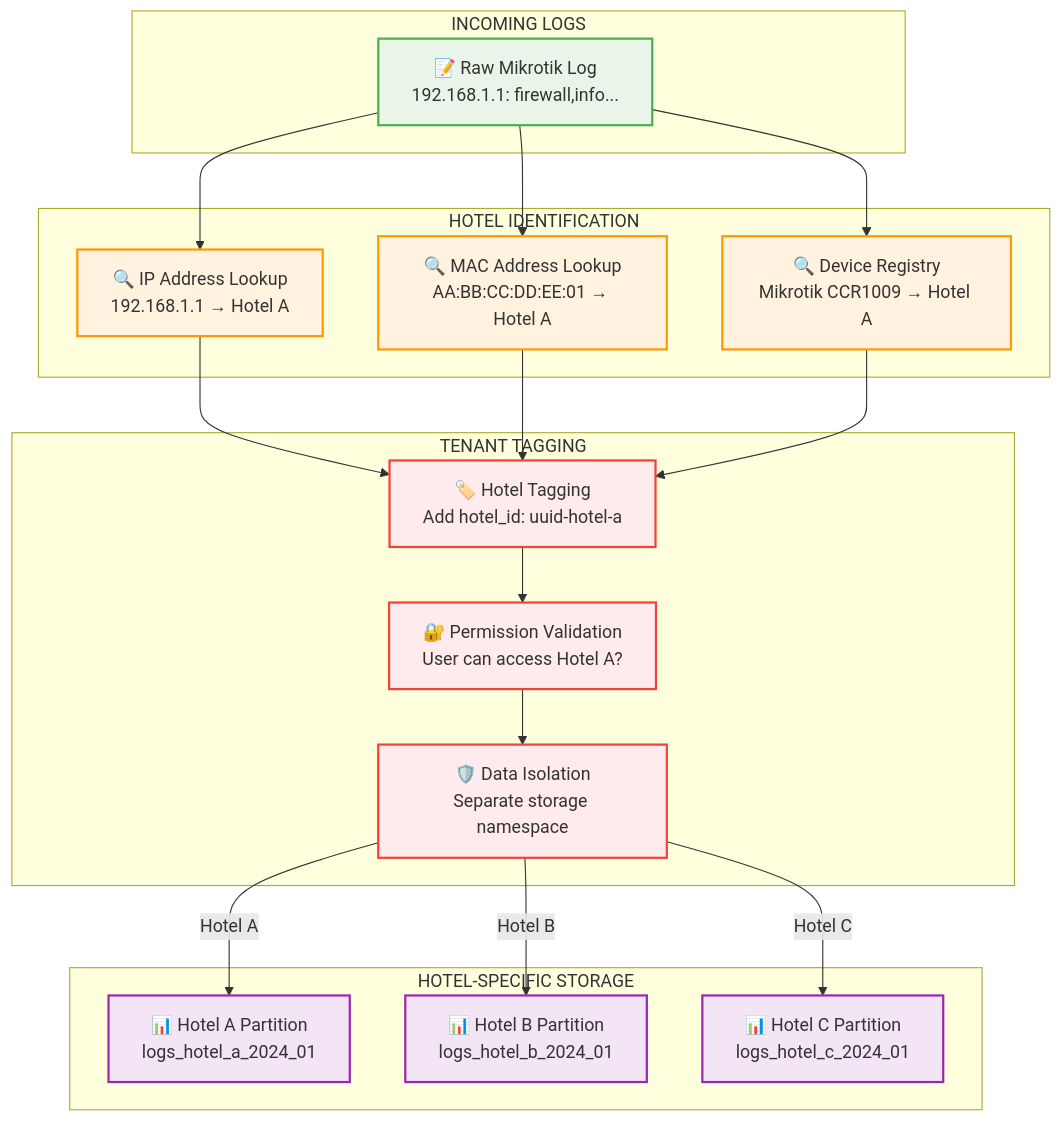
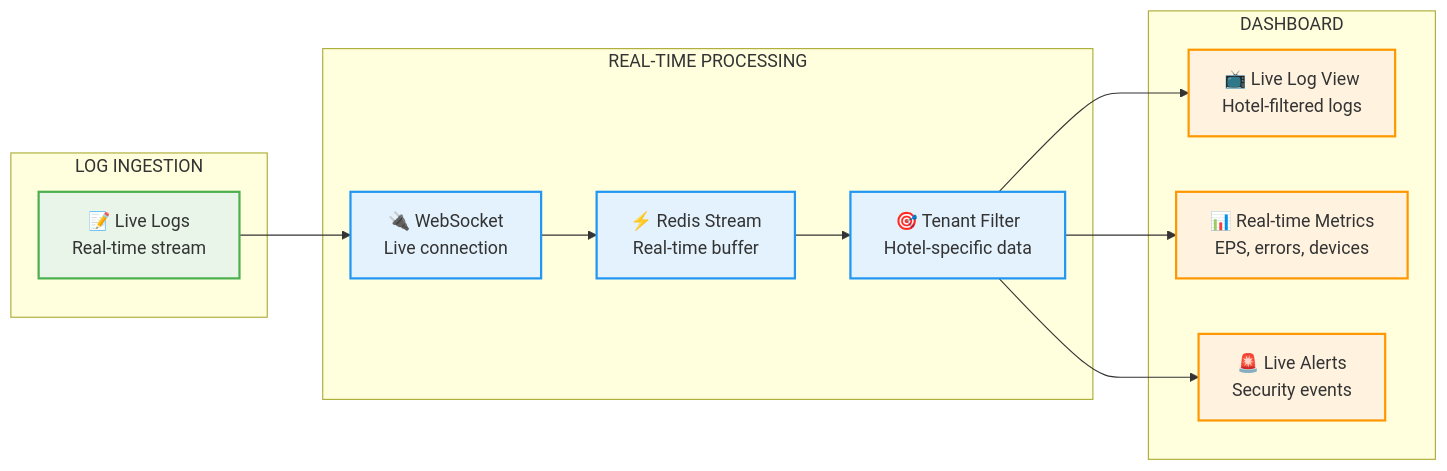
Before and after one commit to ozkanguner/logmaster: the fourth of 4 diagrams in docs/architecture/data-flow.md, drawn with Mermaid. The commit also changed other lines of this file and 3 other files, not shown here.

Commit message:
🔄 COMPLETE ARCHITECTURE REWRITE: Clean Multi-Tenant Design

````diff
--- a/docs/architecture/data-flow.md
+++ b/docs/architecture/data-flow.md
@@ -223,50 +307,34 @@
 ```mermaid
-graph TB
-    subgraph "INCOMING LOGS"
-        RAW_LOG["📝 Raw Mikrotik Log<br/>192.168.1.1: firewall,info..."]
+graph LR
+    subgraph "LOG INGESTION"
+        LIVE_LOGS["📝 Live Logs<br/>Real-time stream"]
     end
     
-    subgraph "HOTEL IDENTIFICATION"
-        IP_LOOKUP["🔍 IP Address Lookup<br/>192.168.1.1 → Hotel A"]
-        MAC_LOOKUP["🔍 MAC Address Lookup<br/>AA:BB:CC:DD:EE:01 → Hotel A"]
-        DEVICE_LOOKUP["🔍 Device Registry<br/>Mikrotik CCR1009 → Hotel A"]
+    subgraph "REAL-TIME PROCESSING"
+        WEBSOCKET["🔌 WebSocket<br/>Live connection"]
+        REDIS_STREAM["⚡ Redis Stream<br/>Real-time buffer"]
+        FILTER["🎯 Tenant Filter<br/>Hotel-specific data"]
     end
     
-    subgraph "TENANT TAGGING"
-        HOTEL_TAG["🏷️ Hotel Tagging<br/>Add hotel_id: uuid-hotel-a"]
-        PERMISSION_CHECK["🔐 Permission Validation<br/>User can access Hotel A?"]
-        DATA_ISOLATION["🛡️ Data Isolation<br/>Separate storage namespace"]
+    subgraph "DASHBOARD"
+        LIVE_VIEW["📺 Live Log View<br/>Hotel-filtered logs"]
+        METRICS["📊 Real-time Metrics<br/>EPS, errors, devices"]
+        ALERTS["🚨 Live Alerts<br/>Security events"]
     end
     
-    subgraph "HOTEL-SPECIFIC STORAGE"
-        HOTEL_A_PARTITION["📊 Hotel A Partition<br/>logs_hotel_a_2024_01"]
-        HOTEL_B_PARTITION["📊 Hotel B Partition<br/>logs_hotel_b_2024_01"]
-        HOTEL_C_PARTITION["📊 Hotel C Partition<br/>logs_hotel_c_2024_01"]
-    end
+    %% Real-time Flow
+    LIVE_LOGS --> WEBSOCKET
+    WEBSOCKET --> REDIS_STREAM
+    REDIS_STREAM --> FILTER
+    FILTER --> LIVE_VIEW
+    FILTER --> METRICS
+    FILTER --> ALERTS
     
-    %% Flow
-    RAW_LOG --> IP_LOOKUP
-    RAW_LOG --> MAC_LOOKUP
-    RAW_LOG --> DEVICE_LOOKUP
+    classDef realtime fill:#e8f5e8,stroke:#4caf50,stroke-width:2px
+    classDef processing fill:#e3f2fd,stroke:#2196f3,stroke-width:2px
+    classDef dashboard fill:#fff3e0,stroke:#ff9800,stroke-width:2px
     
-    IP_LOOKUP --> HOTEL_TAG
-    MAC_LOOKUP --> HOTEL_TAG
-    DEVICE_LOOKUP --> HOTEL_TAG
-    
-    HOTEL_TAG --> PERMISSION_CHECK
-    PERMISSION_CHECK --> DATA_ISOLATION
-    
-    DATA_ISOLATION -->|Hotel A| HOTEL_A_PARTITION
-    DATA_ISOLATION -->|Hotel B| HOTEL_B_PARTITION
-    DATA_ISOLATION -->|Hotel C| HOTEL_C_PARTITION
-    
-    classDef input fill:#e8f5e8,stroke:#4caf50,stroke-width:2px
-    classDef identification fill:#fff3e0,stroke:#ff9800,stroke-width:2px
-    classDef security fill:#ffebee,stroke:#f44336,stroke-width:2px
-    classDef storage fill:#f3e5f5,stroke:#9c27b0,stroke-width:2px
-    
-    class RAW_LOG input
-    class IP_LOOKUP,MAC_LOOKUP,DEVICE_LOOKUP identification
-    class HOTEL_TAG,PERMISSION_CHECK,DATA_ISOLATION security
-    class HOTEL_A_PARTITION,HOTEL_B_PARTITION,HOTEL_C_PARTITION storage
+    class LIVE_LOGS realtime
+    class WEBSOCKET,REDIS_STREAM,FILTER processing
+    class LIVE_VIEW,METRICS,ALERTS dashboard
 ```
````
